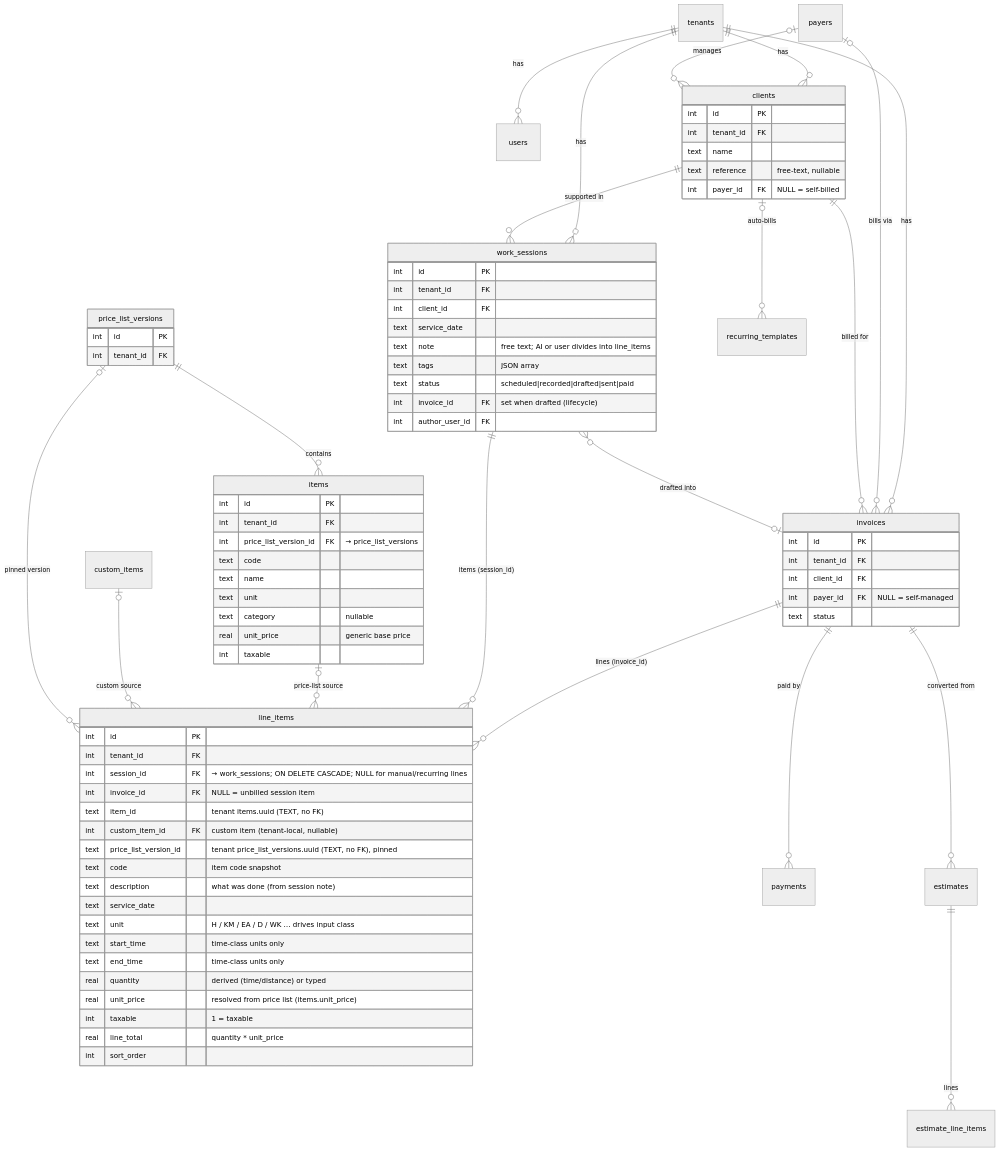
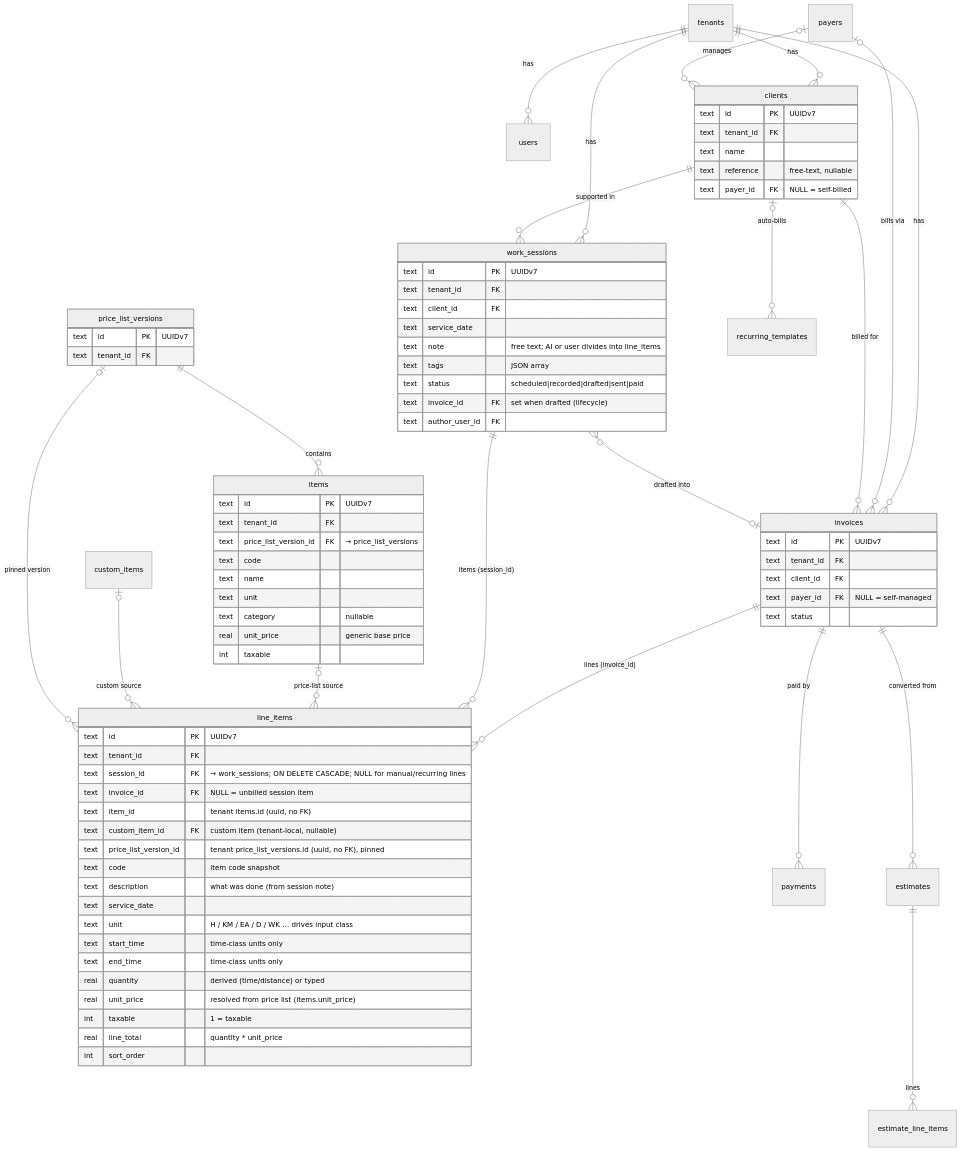
Before and after one commit to dknathalage/tallyo: the diagram in docs/data-model.md, drawn with Mermaid (neutral theme). The commit also changed other lines of this file and 2 other files, not shown here.

Commit message:
docs: single uuidv7 id convention (no int PKs)

```diff
--- a/docs/data-model.md
+++ b/docs/data-model.md
@@ -57,13 +60,13 @@
     clients |o--o{ recurring_templates : "auto-bills"
 
     line_items {
-        int     id PK
-        int     tenant_id FK
-        int     session_id FK "→ work_sessions; ON DELETE CASCADE; NULL for manual/recurring lines"
-        int     invoice_id FK "NULL = unbilled session item"
-        text    item_id "tenant items.uuid (TEXT, no FK)"
-        int     custom_item_id  FK "custom item (tenant-local, nullable)"
-        text    price_list_version_id "tenant price_list_versions.uuid (TEXT, no FK), pinned"
+        text    id PK "UUIDv7"
+        text    tenant_id FK
+        text    session_id FK "→ work_sessions; ON DELETE CASCADE; NULL for manual/recurring lines"
+        text    invoice_id FK "NULL = unbilled session item"
+        text    item_id "tenant items.id (uuid, no FK)"
+        text    custom_item_id  FK "custom item (tenant-local, nullable)"
+        text    price_list_version_id "tenant price_list_versions.id (uuid, no FK), pinned"
         text    code "item code snapshot"
         text    description "what was done (from session note)"
         text    service_date
@@ -78,42 +81,42 @@
     }
 
     work_sessions {
-        int  id PK
-        int  tenant_id FK
-        int  client_id FK
+        text id PK "UUIDv7"
+        text tenant_id FK
+        text client_id FK
         text service_date
         text note "free text; AI or user divides into line_items"
         text tags "JSON array"
         text status "scheduled|recorded|drafted|sent|paid"
-        int  invoice_id FK "set when drafted (lifecycle)"
-        int  author_user_id FK
+        text invoice_id FK "set when drafted (lifecycle)"
+        text author_user_id FK
     }
 
     invoices {
-        int  id PK
-        int  tenant_id FK
-        int  client_id FK
-        int  payer_id FK "NULL = self-managed"
+        text id PK "UUIDv7"
+        text tenant_id FK
+        text client_id FK
+        text payer_id FK "NULL = self-managed"
         text status
     }
 
     clients {
-        int  id PK
-        int  tenant_id FK
+        text id PK "UUIDv7"
+        text tenant_id FK
         text name
         text reference "free-text, nullable"
-        int  payer_id FK "NULL = self-billed"
+        text payer_id FK "NULL = self-billed"
     }
 
     price_list_versions {
-        int  id PK
-        int  tenant_id FK
+        text id PK "UUIDv7"
+        text tenant_id FK
     }
 
     items {
-        int  id PK
-        int  tenant_id FK
-        int  price_list_version_id FK "→ price_list_versions"
+        text id PK "UUIDv7"
+        text tenant_id FK
+        text price_list_version_id FK "→ price_list_versions"
         text code
         text name
         text unit
```
